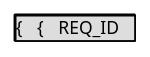
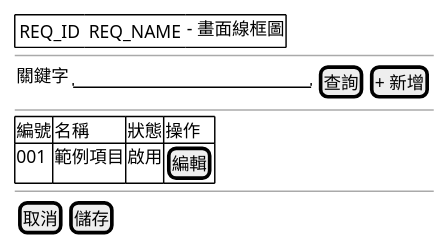
The diagram in templates/project/req/uml/wireframe.puml (lovius215/ai_spec), drawn with PlantUML before and after one commit. The commit also changed 6 other files, not shown here.

```diff
--- a/templates/project/req/uml/wireframe.puml
+++ b/templates/project/req/uml/wireframe.puml
@@ -1,13 +1,14 @@
 @startsalt
-{+
-  {* {{REQ_ID}} {{REQ_NAME}} 介面草稿 }
-  --
-  {
-    輸入欄位： | "預設內容"
-    選項：     | (X) 單選項目 A | ( ) 單選項目 B
-    核取方塊： | [] 核取項目 1  | [] 核取項目 2
+{
+  {+ {{REQ_ID}} {{REQ_NAME}} - 畫面線框圖 }
+  ---
+  { 關鍵字 | "                    " | [查詢] | [+ 新增] }
+  ---
+  {#
+    編號 | 名稱 | 狀態 | 操作
+    001 | 範例項目 | 啟用 | [編輯]
   }
-  --
-  [ 確認送出 ] | [ 取消 ]
+  ---
+  { [取消] | [儲存] }
 }
 @endsalt
```
